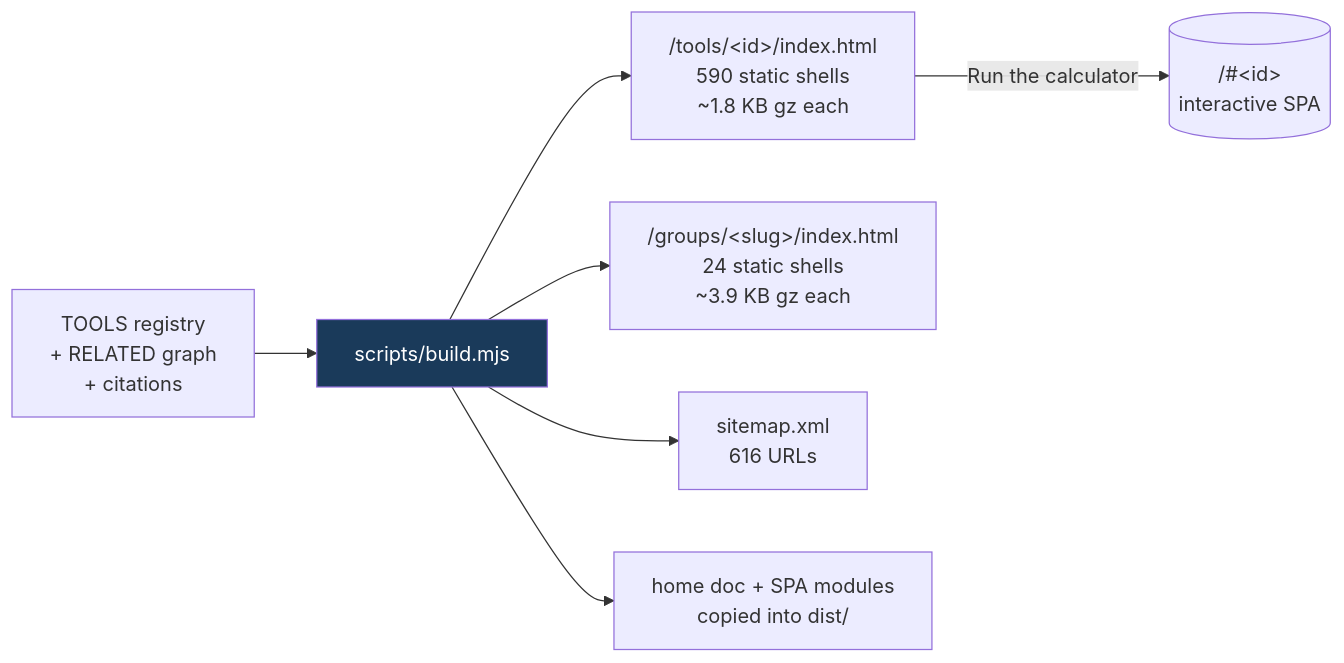
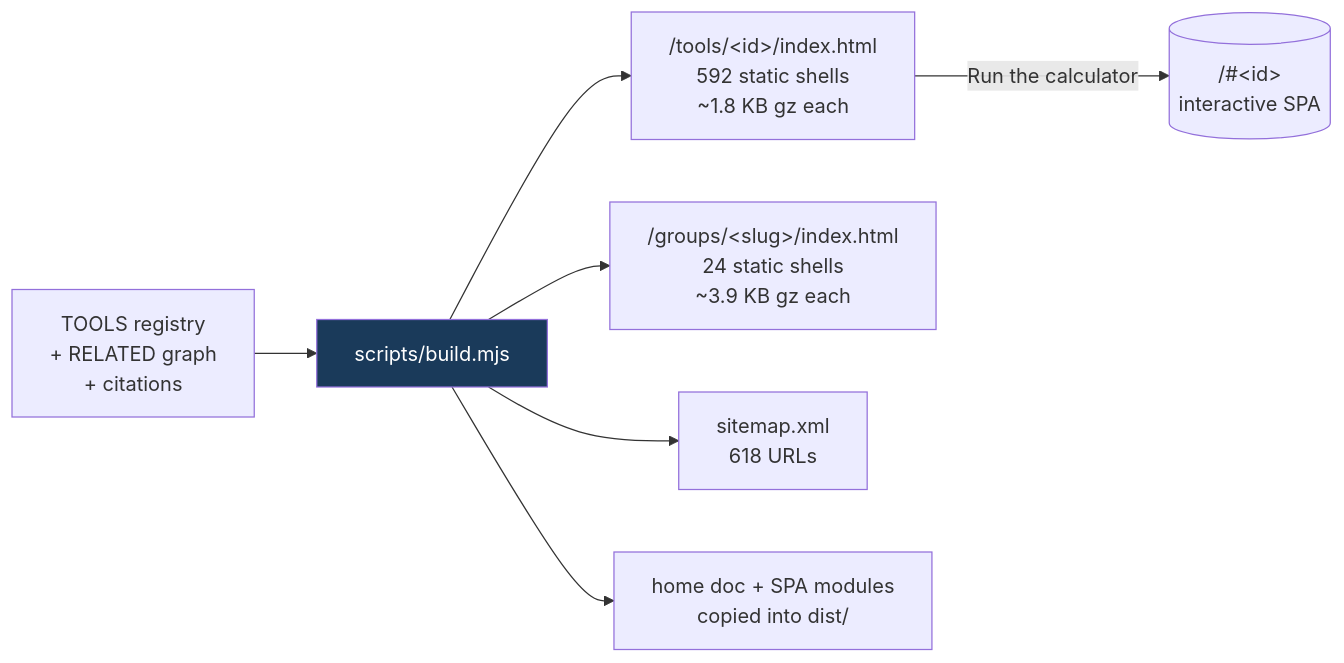
Before and after one commit to clay-good/roughlogic.com: the fifth of 8 diagrams in README.md, drawn with Mermaid. The commit also changed other lines of this file and 16 other files, not shown here.

````diff
--- a/README.md
+++ b/README.md
@@ -360,10 +362,10 @@
 ```mermaid
 flowchart LR
     SRC[TOOLS registry\n+ RELATED graph\n+ citations] --> BUILD[scripts/build.mjs]
-    BUILD --> TILE["/tools/&lt;id&gt;/index.html\n590 static shells\n~1.8 KB gz each"]
+    BUILD --> TILE["/tools/&lt;id&gt;/index.html\n592 static shells\n~1.8 KB gz each"]
     BUILD --> GROUP["/groups/&lt;slug&gt;/index.html\n24 static shells\n~3.9 KB gz each"]
-    BUILD --> MAP["sitemap.xml\n616 URLs"]
+    BUILD --> MAP["sitemap.xml\n618 URLs"]
     BUILD --> COPY[home doc + SPA modules\ncopied into dist/]
     TILE -->|Run the calculator| SPA[("/#&lt;id&gt;\ninteractive SPA")]
     style BUILD fill:#1a3a5a,color:#fff
 ```
````
